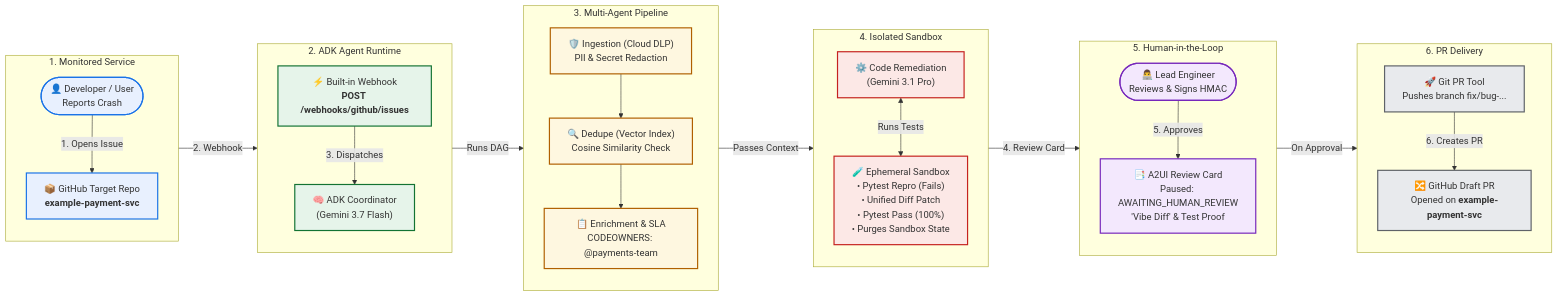
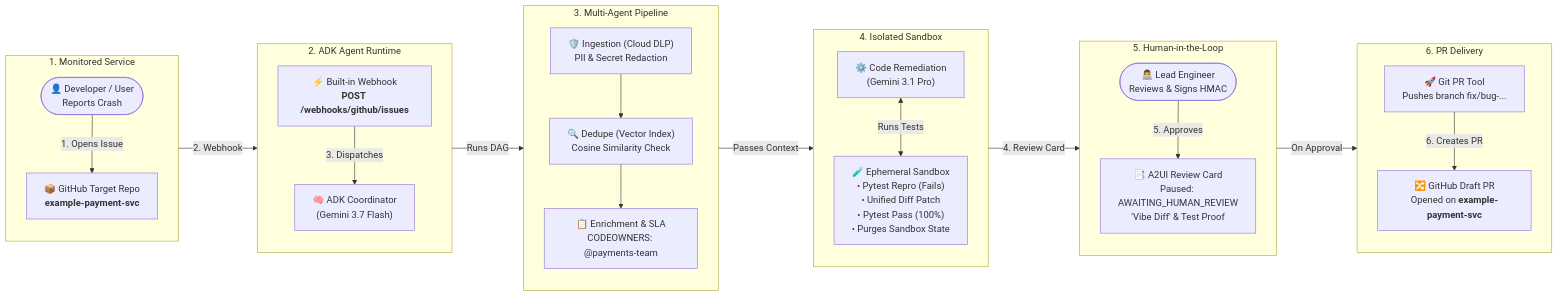
The diagram in README.md (aiarchitect2406/bugtriage-agent), drawn with Mermaid before and after one commit.

Commit message:
docs: Remove hardcoded fills for native dark/light theme Mermaid contrast

````diff
--- a/README.md
+++ b/README.md
@@ -42,65 +42,51 @@
 ```mermaid
 flowchart LR
-    classDef repo fill:#e8f0fe,stroke:#1a73e8,stroke-width:2px;
-    classDef runtime fill:#e6f4ea,stroke:#137333,stroke-width:2px;
-    classDef agents fill:#fef7e0,stroke:#b06000,stroke-width:2px;
-    classDef sandbox fill:#fce8e6,stroke:#c5221f,stroke-width:2px;
-    classDef hitl fill:#f3e8fd,stroke:#7627bb,stroke-width:2px;
-    classDef output fill:#e8eaed,stroke:#5f6368,stroke-width:2px;
-
     subgraph S1["1. Monitored Service"]
         direction TB
         User(["👤 Developer / User<br/>Reports Crash"])
         TargetRepo["📦 GitHub Target Repo<br/><b>example-payment-svc</b>"]
         User -->|"1. Opens Issue"| TargetRepo
     end
 
     subgraph S2["2. ADK Agent Runtime"]
         direction TB
         Webhook["⚡ Built-in Webhook<br/><b>POST /webhooks/github/issues</b>"]
         Coordinator["🧠 ADK Coordinator<br/>(Gemini 3.7 Flash)"]
         Webhook -->|"3. Dispatches"| Coordinator
     end
 
     subgraph S3["3. Multi-Agent Pipeline"]
         direction TB
         DLP["🛡️ Ingestion (Cloud DLP)<br/>PII & Secret Redaction"]
         Dedupe["🔍 Dedupe (Vector Index)<br/>Cosine Similarity Check"]
         Enrich["📋 Enrichment & SLA<br/>CODEOWNERS: @payments-team"]
         DLP --> Dedupe --> Enrich
     end
 
     subgraph S4["4. Isolated Sandbox"]
         direction TB
         Remediate["⚙️ Code Remediation<br/>(Gemini 3.1 Pro)"]
         Sandbox["🧪 Ephemeral Sandbox<br/>• Pytest Repro (Fails)<br/>• Unified Diff Patch<br/>• Pytest Pass (100%)<br/>• Purges Sandbox State"]
         Remediate <-->|"Runs Tests"| Sandbox
     end
 
     subgraph S5["5. Human-in-the-Loop"]
         direction TB
         A2UI["📑 A2UI Review Card<br/>Paused: AWAITING_HUMAN_REVIEW<br/>'Vibe Diff' & Test Proof"]
         Engineer(["👨‍💻 Lead Engineer<br/>Reviews & Signs HMAC"])
         Engineer -->|"5. Approves"| A2UI
     end
 
     subgraph S6["6. PR Delivery"]
         direction TB
         GitTool["🚀 Git PR Tool<br/>Pushes branch fix/bug-..."]
         DraftPR["🔀 GitHub Draft PR<br/>Opened on <b>example-payment-svc</b>"]
         GitTool -->|"6. Creates PR"| DraftPR
     end
 
     TargetRepo -->|"2. Webhook"| Webhook
     Coordinator -->|"Runs DAG"| DLP
     Enrich -->|"Passes Context"| Remediate
     Sandbox -->|"4. Review Card"| A2UI
     A2UI -->|"On Approval"| GitTool
-
-    class User,TargetRepo repo;
-    class Webhook,Coordinator runtime;
-    class DLP,Dedupe,Enrich agents;
-    class Remediate,Sandbox sandbox;
-    class A2UI,Engineer hitl;
-    class GitTool,DraftPR output;
 ```
````
